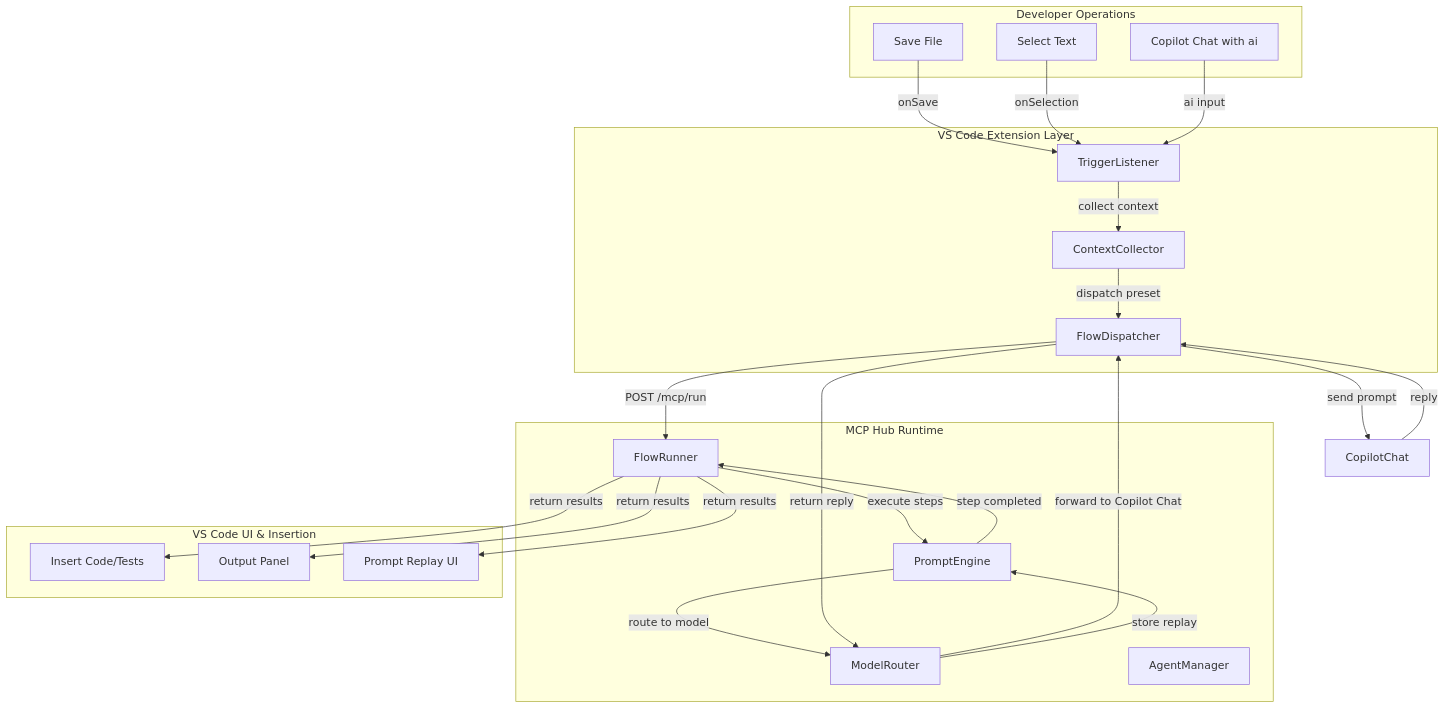
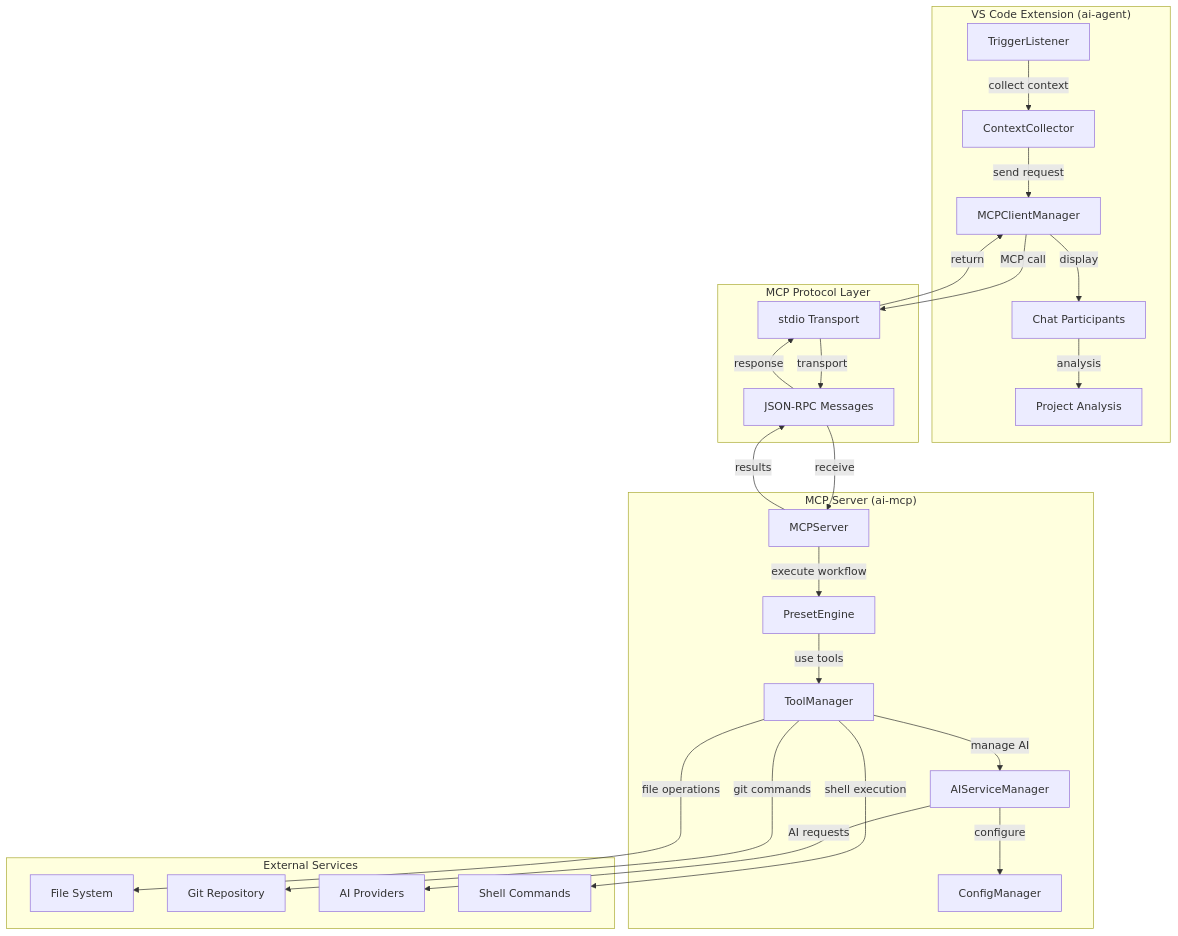
Before and after one commit to pjy998/ai-agent-hub: the first of 3 diagrams in README.md, drawn with Mermaid. The commit also changed other lines of this file and 16 other files, not shown here.

````diff
--- a/README.md
+++ b/README.md
@@ -21,47 +28,51 @@
 ```mermaid
 flowchart TD
-    subgraph "Developer Operations"
-        A[Save File]
-        B[Select Text]
-        C[Copilot Chat with ai]
+    subgraph "VS Code Extension (ai-agent)"
+        A[TriggerListener]
+        B[ContextCollector]
+        C[MCPClientManager]
+        D[Chat Participants]
+        E[Project Analysis]
     end
     
-    subgraph "VS Code Extension Layer"
-        D[TriggerListener]
-        E[ContextCollector]
-        F[FlowDispatcher]
+    subgraph "MCP Protocol Layer"
+        F[stdio Transport]
+        G[JSON-RPC Messages]
     end
     
-    subgraph "MCP Hub Runtime"
-        G[FlowRunner]
-        H[PromptEngine]
-        I[ModelRouter]
-        J[AgentManager]
+    subgraph "MCP Server (ai-mcp)"
+        H[MCPServer]
+        I[ToolManager]
+        J[AIServiceManager]
+        K[PresetEngine]
+        L[ConfigManager]
     end
     
-    K[CopilotChat]
-    
-    subgraph "VS Code UI & Insertion"
-        L[Insert Code/Tests]
-        M[Output Panel]
-        N[Prompt Replay UI]
+    subgraph "External Services"
+        M[File System]
+        N[Git Repository]
+        O[AI Providers]
+        P[Shell Commands]
     end
     
-    A -->|onSave| D
-    B -->|onSelection| D
-    C -->|ai input| D
-    D -->|collect context| E
-    E -->|dispatch preset| F
-    F -->|POST /mcp/run| G
-    G -->|execute steps| H
-    H -->|route to model| I
-    I -->|forward to Copilot Chat| F
-    F -->|send prompt| K
-    K -->|reply| F
-    F -->|return reply| I
-    I -->|store replay| H
-    H -->|step completed| G
-    G -->|return results| L
-    G -->|return results| M
-    G -->|return results| N
+    A -->|collect context| B
+    B -->|send request| C
+    C -->|MCP call| F
+    F -->|transport| G
+    G -->|receive| H
+    H -->|execute workflow| K
+    K -->|use tools| I
+    I -->|manage AI| J
+    J -->|configure| L
+    
+    I -->|file operations| M
+    I -->|git commands| N
+    J -->|AI requests| O
+    I -->|shell execution| P
+    
+    H -->|results| G
+    G -->|response| F
+    F -->|return| C
+    C -->|display| D
+    D -->|analysis| E
 ```
````
